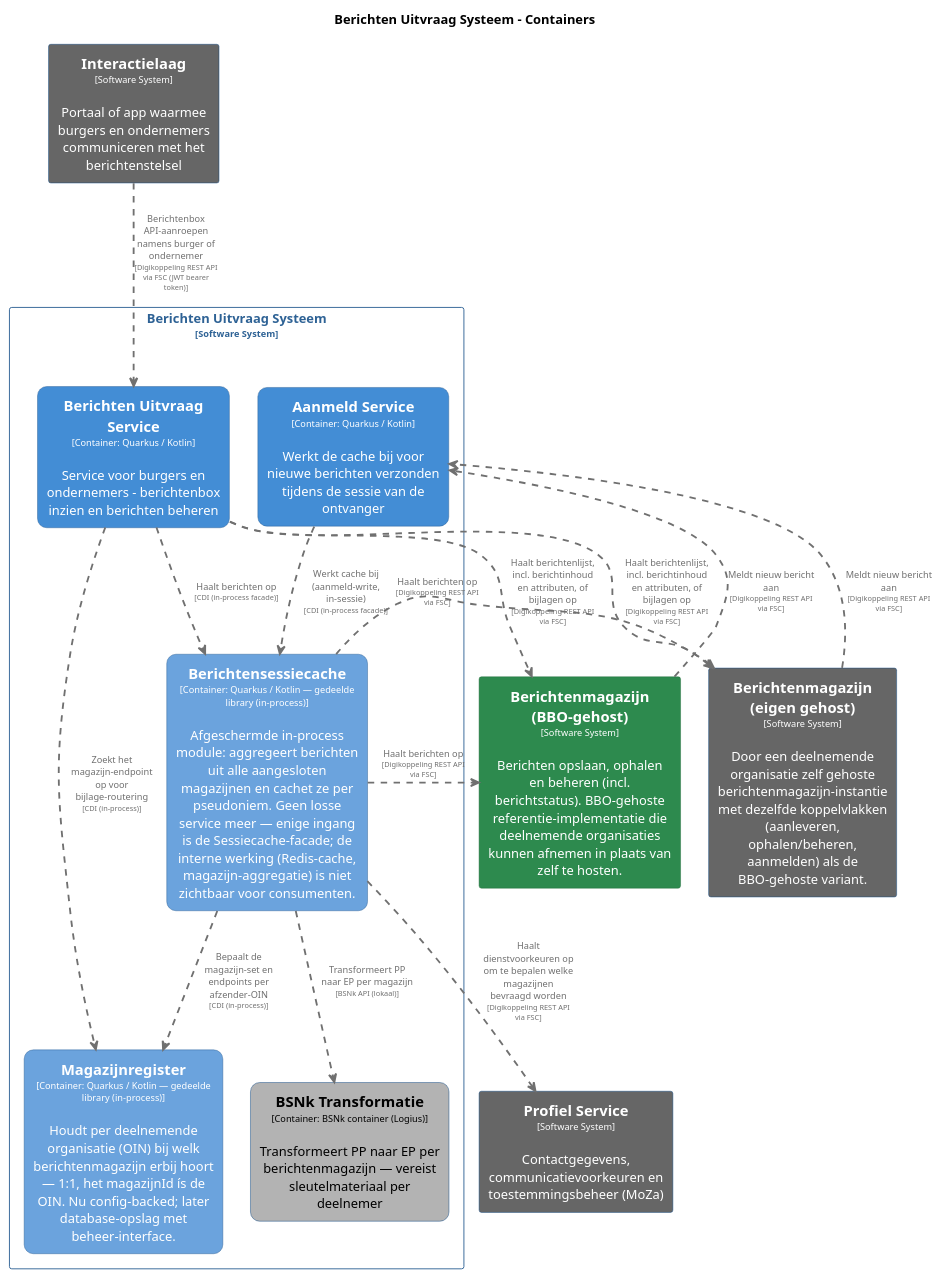
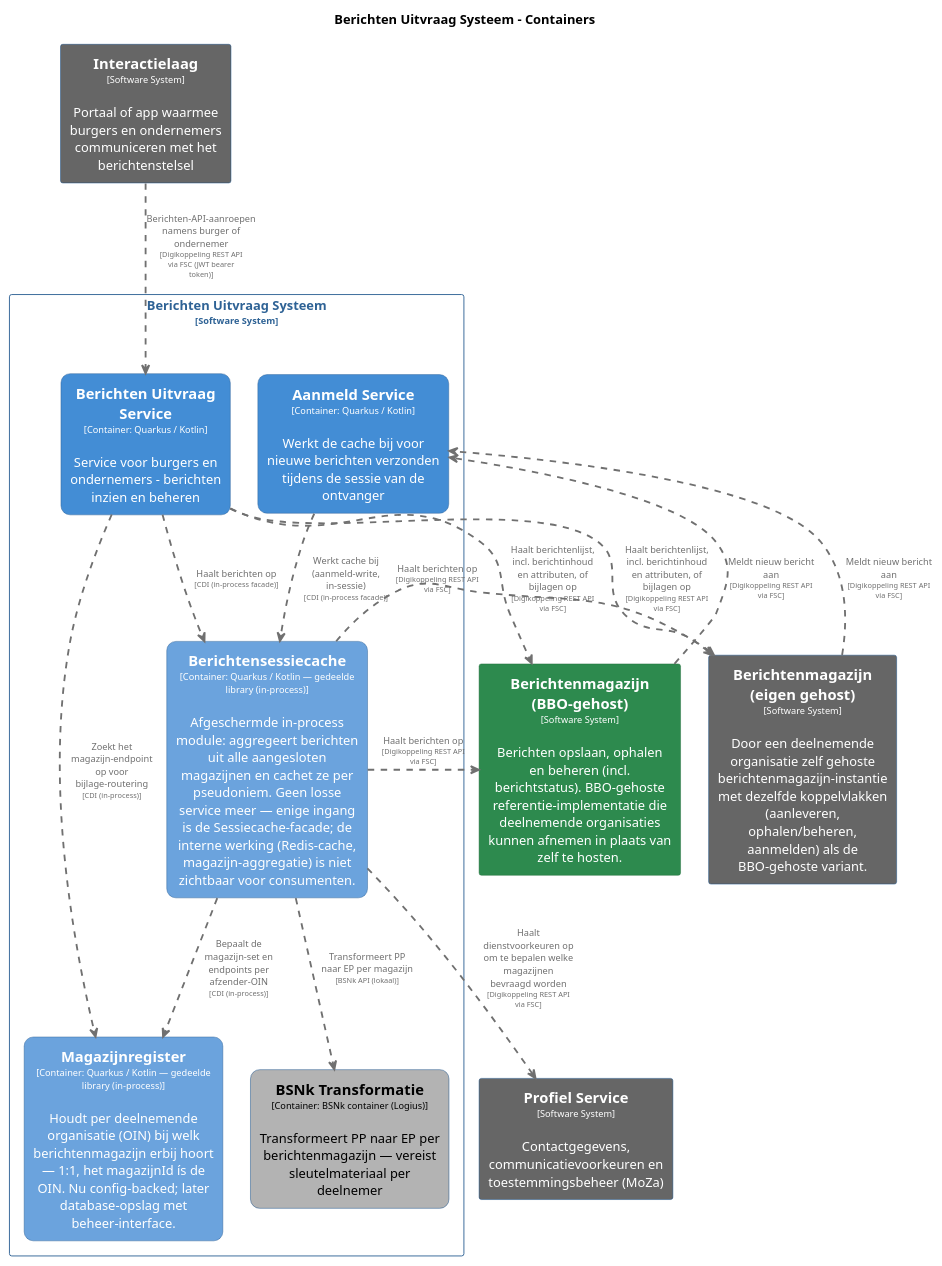
Before and after one commit to MinBZK/moza-poc-fbs-berichtenbox: the diagram in master/puml/BerichtenUitvraagSysteemContainers.puml, drawn with PlantUML. The commit also changed 29 other files, not shown here.

```diff
--- a/master/puml/BerichtenUitvraagSysteemContainers.puml
+++ b/master/puml/BerichtenUitvraagSysteemContainers.puml
@@ -1,109 +1,109 @@
 @startuml
 set separator none
 title Berichten Uitvraag Systeem - Containers
 
 top to bottom direction
 skinparam ranksep 60
 skinparam nodesep 30
 
 skinparam {
   arrowFontSize 10
   defaultTextAlignment center
   wrapWidth 200
   maxMessageSize 100
 }
 
 hide stereotype
 
 skinparam rectangle<<BerichtenUitvraagSysteem.AanmeldService>> {
   BackgroundColor #438dd5
   FontColor #ffffff
   BorderColor #2e6295
   roundCorner 20
   shadowing false
 }
 skinparam rectangle<<BerichtenUitvraagSysteem.BSNkTransformatie>> {
   BackgroundColor #b3b3b3
   FontColor #000000
   BorderColor #0b4884
   roundCorner 20
   shadowing false
 }
 skinparam rectangle<<BerichtenUitvraagSysteem.BerichtenUitvraagService>> {
   BackgroundColor #438dd5
   FontColor #ffffff
   BorderColor #2e6295
   roundCorner 20
   shadowing false
 }
 skinparam rectangle<<BerichtenmagazijnBBOgehost>> {
   BackgroundColor #2d8a4e
   FontColor #ffffff
   BorderColor #1e6b38
   shadowing false
 }
 skinparam rectangle<<Berichtenmagazijneigengehost>> {
   BackgroundColor #666666
   FontColor #ffffff
   BorderColor #0b4884
   shadowing false
 }
 skinparam rectangle<<BerichtenUitvraagSysteem.Berichtensessiecache>> {
   BackgroundColor #6ba3dd
   FontColor #ffffff
   BorderColor #2e6295
   roundCorner 20
   shadowing false
 }
 skinparam rectangle<<Interactielaag>> {
   BackgroundColor #666666
   FontColor #ffffff
   BorderColor #0b4884
   shadowing false
 }
 skinparam rectangle<<BerichtenUitvraagSysteem.Magazijnregister>> {
   BackgroundColor #6ba3dd
   FontColor #ffffff
   BorderColor #2e6295
   roundCorner 20
   shadowing false
 }
 skinparam rectangle<<ProfielService>> {
   BackgroundColor #666666
   FontColor #ffffff
   BorderColor #0b4884
   shadowing false
 }
 skinparam rectangle<<BerichtenUitvraagSysteem>> {
   BorderColor #2e6295
   FontColor #2e6295
   shadowing false
 }
 
 rectangle "==Profiel Service\n<size:10>[Software System]</size>\n\nContactgegevens, communicatievoorkeuren en toestemmingsbeheer (MoZa)" <<ProfielService>> as ProfielService
 rectangle "==Interactielaag\n<size:10>[Software System]</size>\n\nPortaal of app waarmee burgers en ondernemers communiceren met het berichtenstelsel" <<Interactielaag>> as Interactielaag
 rectangle "==Berichtenmagazijn (eigen gehost)\n<size:10>[Software System]</size>\n\nDoor een deelnemende organisatie zelf gehoste berichtenmagazijn-instantie met dezelfde koppelvlakken (aanleveren, ophalen/beheren, aanmelden) als de BBO-gehoste variant." <<Berichtenmagazijneigengehost>> as Berichtenmagazijneigengehost
 rectangle "==Berichtenmagazijn (BBO-gehost)\n<size:10>[Software System]</size>\n\nBerichten opslaan, ophalen en beheren (incl. berichtstatus). BBO-gehoste referentie-implementatie die deelnemende organisaties kunnen afnemen in plaats van zelf te hosten." <<BerichtenmagazijnBBOgehost>> as BerichtenmagazijnBBOgehost
 
 rectangle "Berichten Uitvraag Systeem\n<size:10>[Software System]</size>" <<BerichtenUitvraagSysteem>> {
   rectangle "==Berichtensessiecache\n<size:10>[Container: Quarkus / Kotlin — gedeelde library (in-process)]</size>\n\nAfgeschermde in-process module: aggregeert berichten uit alle aangesloten magazijnen en cachet ze per pseudoniem. Geen losse service meer — enige ingang is de Sessiecache-facade; de interne werking (Redis-cache, magazijn-aggregatie) is niet zichtbaar voor consumenten." <<BerichtenUitvraagSysteem.Berichtensessiecache>> as BerichtenUitvraagSysteem.Berichtensessiecache
-  rectangle "==Berichten Uitvraag Service\n<size:10>[Container: Quarkus / Kotlin]</size>\n\nService voor burgers en ondernemers - berichtenbox inzien en berichten beheren" <<BerichtenUitvraagSysteem.BerichtenUitvraagService>> as BerichtenUitvraagSysteem.BerichtenUitvraagService
+  rectangle "==Berichten Uitvraag Service\n<size:10>[Container: Quarkus / Kotlin]</size>\n\nService voor burgers en ondernemers - berichten inzien en beheren" <<BerichtenUitvraagSysteem.BerichtenUitvraagService>> as BerichtenUitvraagSysteem.BerichtenUitvraagService
   rectangle "==BSNk Transformatie\n<size:10>[Container: BSNk container (Logius)]</size>\n\nTransformeert PP naar EP per berichtenmagazijn — vereist sleutelmateriaal per deelnemer" <<BerichtenUitvraagSysteem.BSNkTransformatie>> as BerichtenUitvraagSysteem.BSNkTransformatie
   rectangle "==Aanmeld Service\n<size:10>[Container: Quarkus / Kotlin]</size>\n\nWerkt de cache bij voor nieuwe berichten verzonden tijdens de sessie van de ontvanger" <<BerichtenUitvraagSysteem.AanmeldService>> as BerichtenUitvraagSysteem.AanmeldService
   rectangle "==Magazijnregister\n<size:10>[Container: Quarkus / Kotlin — gedeelde library (in-process)]</size>\n\nHoudt per deelnemende organisatie (OIN) bij welk berichtenmagazijn erbij hoort — 1:1, het magazijnId ís de OIN. Nu config-backed; later database-opslag met beheer-interface." <<BerichtenUitvraagSysteem.Magazijnregister>> as BerichtenUitvraagSysteem.Magazijnregister
 }
 
-Interactielaag .[#707070,thickness=2].> BerichtenUitvraagSysteem.BerichtenUitvraagService : "<color:#707070>Berichtenbox API-aanroepen namens burger of ondernemer\n<color:#707070><size:8>[Digikoppeling REST API via FSC (JWT bearer token)]</size>"
+Interactielaag .[#707070,thickness=2].> BerichtenUitvraagSysteem.BerichtenUitvraagService : "<color:#707070>Berichten-API-aanroepen namens burger of ondernemer\n<color:#707070><size:8>[Digikoppeling REST API via FSC (JWT bearer token)]</size>"
 BerichtenUitvraagSysteem.BerichtenUitvraagService .[#707070,thickness=2].> BerichtenmagazijnBBOgehost : "<color:#707070>Haalt berichtenlijst, incl. berichtinhoud en attributen, of bijlagen op\n<color:#707070><size:8>[Digikoppeling REST API via FSC]</size>"
 BerichtenmagazijnBBOgehost .[#707070,thickness=2].> BerichtenUitvraagSysteem.AanmeldService : "<color:#707070>Meldt nieuw bericht aan\n<color:#707070><size:8>[Digikoppeling REST API via FSC]</size>"
 BerichtenUitvraagSysteem.BerichtenUitvraagService .[#707070,thickness=2].> Berichtenmagazijneigengehost : "<color:#707070>Haalt berichtenlijst, incl. berichtinhoud en attributen, of bijlagen op\n<color:#707070><size:8>[Digikoppeling REST API via FSC]</size>"
 BerichtenUitvraagSysteem.Berichtensessiecache .[#707070,thickness=2].> Berichtenmagazijneigengehost : "<color:#707070>Haalt berichten op\n<color:#707070><size:8>[Digikoppeling REST API via FSC]</size>"
 Berichtenmagazijneigengehost .[#707070,thickness=2].> BerichtenUitvraagSysteem.AanmeldService : "<color:#707070>Meldt nieuw bericht aan\n<color:#707070><size:8>[Digikoppeling REST API via FSC]</size>"
 BerichtenUitvraagSysteem.Berichtensessiecache .[#707070,thickness=2].> ProfielService : "<color:#707070>Haalt dienstvoorkeuren op om te bepalen welke magazijnen bevraagd worden\n<color:#707070><size:8>[Digikoppeling REST API via FSC]</size>"
 BerichtenUitvraagSysteem.Berichtensessiecache .[#707070,thickness=2].> BerichtenmagazijnBBOgehost : "<color:#707070>Haalt berichten op\n<color:#707070><size:8>[Digikoppeling REST API via FSC]</size>"
 BerichtenUitvraagSysteem.Berichtensessiecache .[#707070,thickness=2].> BerichtenUitvraagSysteem.BSNkTransformatie : "<color:#707070>Transformeert PP naar EP per magazijn\n<color:#707070><size:8>[BSNk API (lokaal)]</size>"
 BerichtenUitvraagSysteem.AanmeldService .[#707070,thickness=2].> BerichtenUitvraagSysteem.Berichtensessiecache : "<color:#707070>Werkt cache bij (aanmeld-write, in-sessie)\n<color:#707070><size:8>[CDI (in-process facade)]</size>"
 BerichtenUitvraagSysteem.BerichtenUitvraagService .[#707070,thickness=2].> BerichtenUitvraagSysteem.Berichtensessiecache : "<color:#707070>Haalt berichten op\n<color:#707070><size:8>[CDI (in-process facade)]</size>"
 BerichtenUitvraagSysteem.Berichtensessiecache .[#707070,thickness=2].> BerichtenUitvraagSysteem.Magazijnregister : "<color:#707070>Bepaalt de magazijn-set en endpoints per afzender-OIN\n<color:#707070><size:8>[CDI (in-process)]</size>"
 BerichtenUitvraagSysteem.BerichtenUitvraagService .[#707070,thickness=2].> BerichtenUitvraagSysteem.Magazijnregister : "<color:#707070>Zoekt het magazijn-endpoint op voor bijlage-routering\n<color:#707070><size:8>[CDI (in-process)]</size>"
 @enduml
```
